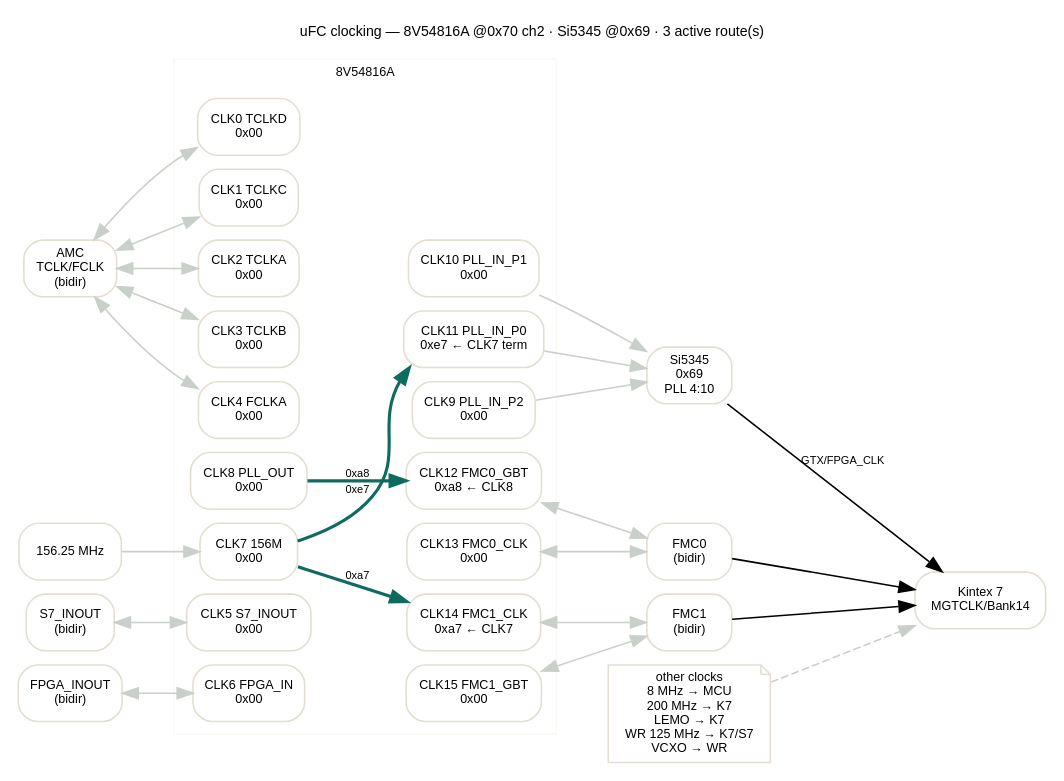
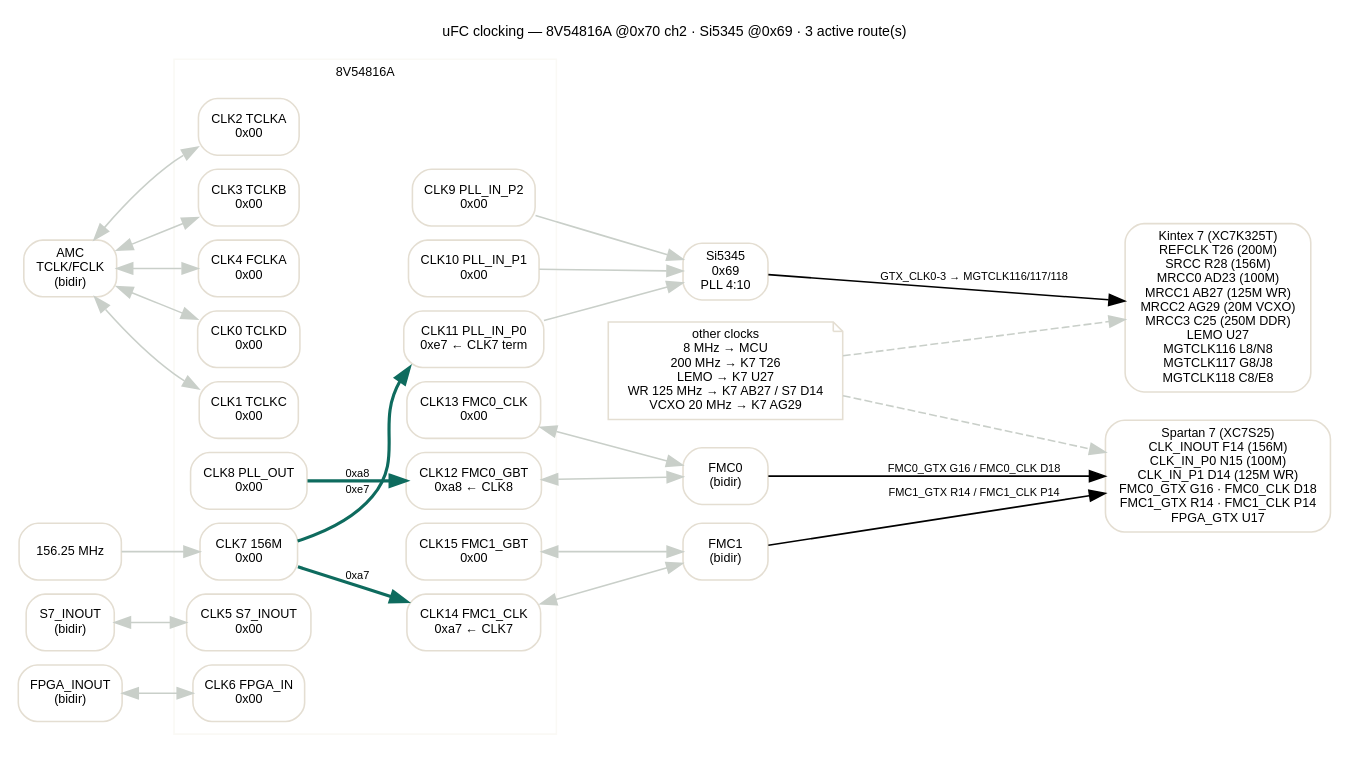
One commit to palzhj/openMMC_uFC changed the diagram in docs/clocking.dot. Above: the diagram before and after it, drawn with Graphviz. The commit also changed 3 other files, not shown here.

First line of the commit message:
clock: show FPGA port names and pin numbers in the diagram

```diff
--- a/docs/clocking.dot
+++ b/docs/clocking.dot
@@ -1,76 +1,95 @@
 digraph clocking {
   rankdir=LR;
   graph [fontname="Helvetica", nodesep=0.12, ranksep=0.55, compound=true,         label="uFC clocking — 8V54816A @0x70 ch2 · Si5345 @0x69 · 3 active route(s)",         labelloc="t", fontsize=9];
   node [shape=box, style="rounded,filled", fillcolor="#FFFFFF",
         color="#E4DED2", fontname="Helvetica", fontsize=8];
   edge [fontname="Helvetica", fontsize=7];
   AMC [label="AMC
 TCLK/FCLK
 (bidir)"]; OSC [label="156.25 MHz"];
   S7IN [label="S7_INOUT
 (bidir)"]; FPGAIN [label="FPGA_INOUT
 (bidir)"];
   subgraph cluster_mux { label="8V54816A"; fontsize=8; color="#FAF9F5";
     {rank=same; n0; n1; n2; n3; n4; n5; n6; n7; n8;}
     {rank=same; n9; n10; n11; n12; n13; n14; n15;}
     n0 [label="CLK0 TCLKD
 0x00"];
     n1 [label="CLK1 TCLKC
 0x00"];
     n2 [label="CLK2 TCLKA
 0x00"];
     n3 [label="CLK3 TCLKB
 0x00"];
     n4 [label="CLK4 FCLKA
 0x00"];
     n5 [label="CLK5 S7_INOUT
 0x00"];
     n6 [label="CLK6 FPGA_IN
 0x00"];
     n7 [label="CLK7 156M
 0x00"];
     n8 [label="CLK8 PLL_OUT
 0x00"];
     n9 [label="CLK9 PLL_IN_P2
 0x00"];
     n10 [label="CLK10 PLL_IN_P1
 0x00"];
     n11 [label="CLK11 PLL_IN_P0
 0xe7 ← CLK7 term"];
     n12 [label="CLK12 FMC0_GBT
 0xa8 ← CLK8"];
     n13 [label="CLK13 FMC0_CLK
 0x00"];
     n14 [label="CLK14 FMC1_CLK
 0xa7 ← CLK7"];
     n15 [label="CLK15 FMC1_GBT
 0x00"];
   }
   SI [label="Si5345
 0x69
 PLL 4:10"];
   FMC0 [label="FMC0
 (bidir)"]; FMC1 [label="FMC1
 (bidir)"];
-  K7 [label="Kintex 7
-MGTCLK/Bank14"];
+  K7 [label="Kintex 7 (XC7K325T)
+REFCLK T26 (200M)
+SRCC R28 (156M)
+MRCC0 AD23 (100M)
+MRCC1 AB27 (125M WR)
+MRCC2 AG29 (20M VCXO)
+MRCC3 C25 (250M DDR)
+LEMO U27
+MGTCLK116 L8/N8
+MGTCLK117 G8/J8
+MGTCLK118 C8/E8"];
+  S7 [label="Spartan 7 (XC7S25)
+CLK_INOUT F14 (156M)
+CLK_IN_P0 N15 (100M)
+CLK_IN_P1 D14 (125M WR)
+FMC0_GTX G16 · FMC0_CLK D18
+FMC1_GTX R14 · FMC1_CLK P14
+FPGA_GTX U17"];
   OTH [label="other clocks
 8 MHz → MCU
-200 MHz → K7
-LEMO → K7
-WR 125 MHz → K7/S7
-VCXO → WR", shape=note];
+200 MHz → K7 T26
+LEMO → K7 U27
+WR 125 MHz → K7 AB27 / S7 D14
+VCXO 20 MHz → K7 AG29", shape=note];
   AMC -> {n0 n1 n2 n3 n4} [dir=both, color="#C9CFC9"];
   OSC -> n7 [color="#C9CFC9"];
   S7IN -> n5 [dir=both, color="#C9CFC9"];
   FPGAIN -> n6 [dir=both, color="#C9CFC9"];
   n9 -> SI [color="#C9CFC9"]; n10 -> SI [color="#C9CFC9"];
   n11 -> SI [color="#C9CFC9"];
   n12 -> FMC0 [dir=both, color="#C9CFC9"]; n13 -> FMC0 [dir=both, color="#C9CFC9"];
   n14 -> FMC1 [dir=both, color="#C9CFC9"]; n15 -> FMC1 [dir=both, color="#C9CFC9"];
-  SI -> K7 [label="GTX/FPGA_CLK"]; FMC0 -> K7; FMC1 -> K7;
+  SI -> K7 [label="GTX_CLK0-3 → MGTCLK116/117/118"];
+  FMC0 -> S7 [label="FMC0_GTX G16 / FMC0_CLK D18"];
+  FMC1 -> S7 [label="FMC1_GTX R14 / FMC1_CLK P14"];
   OTH -> K7 [style=dashed, color="#C9CFC9"];
+  OTH -> S7 [style=dashed, color="#C9CFC9"];
   n7 -> n11 [label="0xe7", color="#0E6B5E", penwidth=2];
   n8 -> n12 [label="0xa8", color="#0E6B5E", penwidth=2];
   n7 -> n14 [label="0xa7", color="#0E6B5E", penwidth=2];
 }
```
